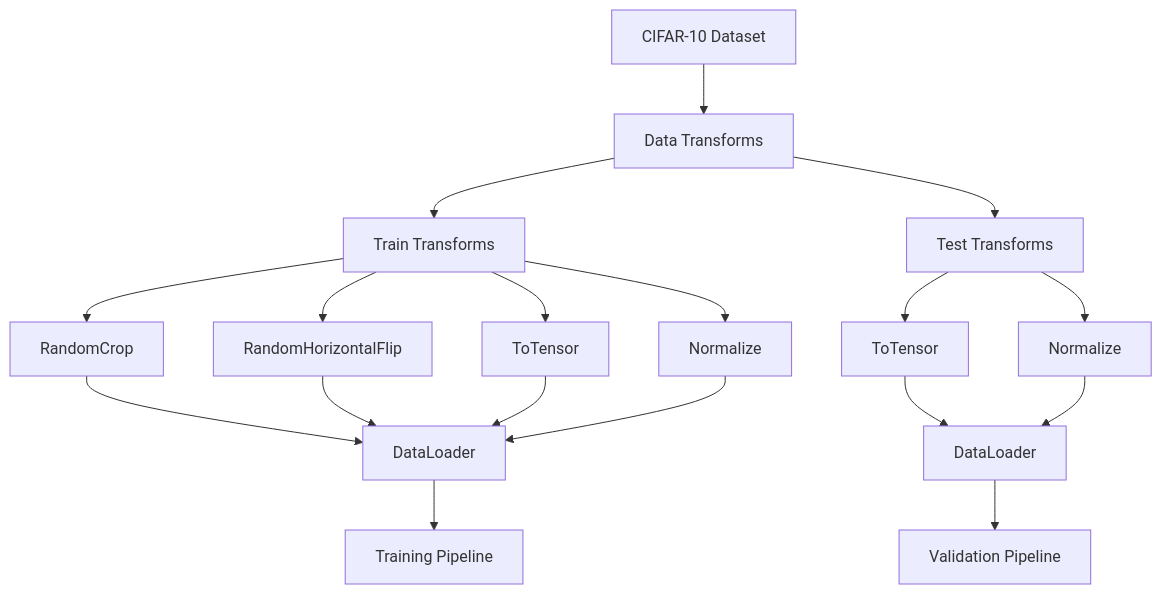
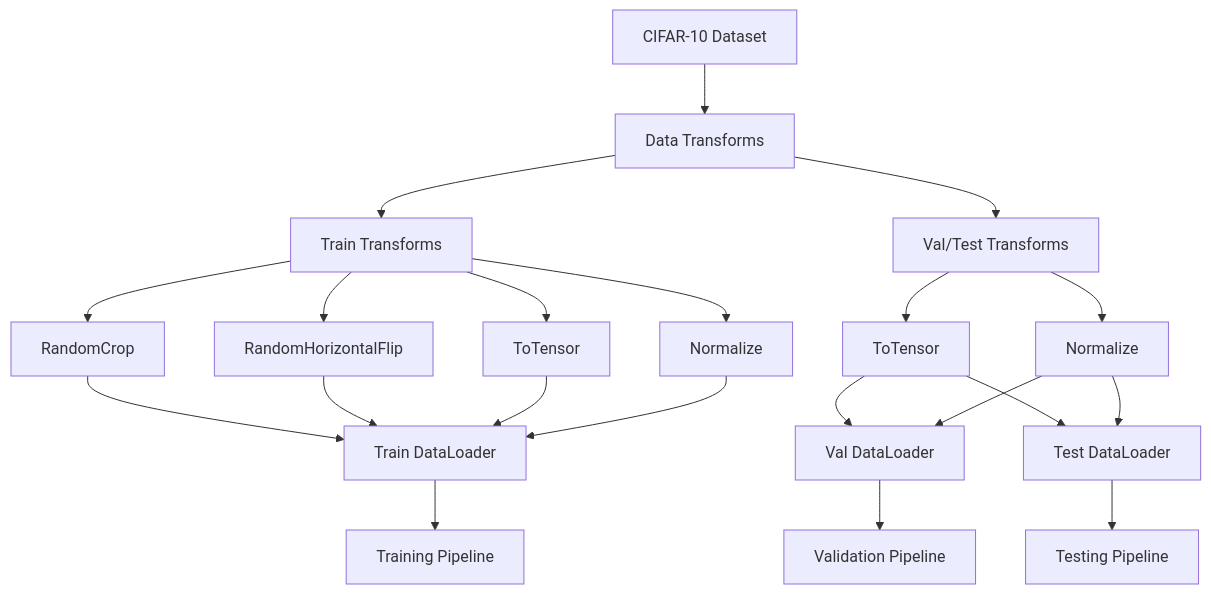
The fourth of 16 diagrams in ARCHITECTURE.md (ruskaruma/microvision), drawn with Mermaid before and after one commit. The commit also changed other lines of this file and 2 other files, not shown here.

````diff
--- a/ARCHITECTURE.md
+++ b/ARCHITECTURE.md
@@ -74,24 +74,27 @@
 ```mermaid
 flowchart TD
     A[CIFAR-10 Dataset] --> B[Data Transforms]
     B --> C[Train Transforms]
-    B --> D[Test Transforms]
+    B --> D[Val/Test Transforms]
     
     C --> E[RandomCrop]
     C --> F[RandomHorizontalFlip]
     C --> G[ToTensor]
     C --> H[Normalize]
     
     D --> I[ToTensor]
     D --> J[Normalize]
     
-    E --> K[DataLoader]
+    E --> K[Train DataLoader]
     F --> K
     G --> K
     H --> K
-    I --> L[DataLoader]
+    I --> L[Val DataLoader]
     J --> L
+    I --> M[Test DataLoader]
+    J --> M
     
-    K --> M[Training Pipeline]
-    L --> N[Validation Pipeline]
+    K --> N[Training Pipeline]
+    L --> O[Validation Pipeline]
+    M --> P[Testing Pipeline]
 ```
````
